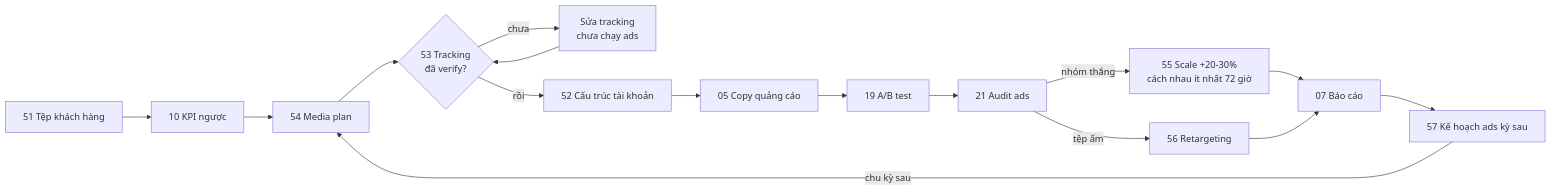
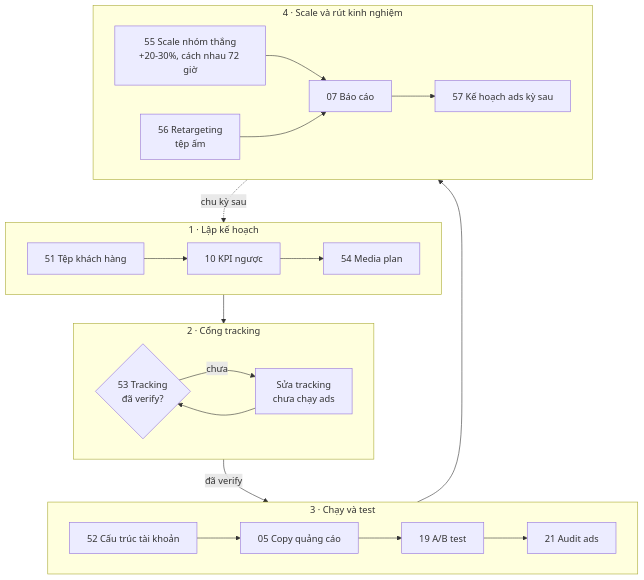
One commit to minhnv0807/ai-business-skills changed the seventh of 9 diagrams in README.vi.md. Above: the diagram before and after it, drawn with Mermaid. The commit also changed other lines of this file and 1 other file, not shown here.

Commit message:
docs(readme): stack the content and performance loops into rows so they stay readable on GitHub

````diff
--- a/README.vi.md
+++ b/README.vi.md
@@ -288,11 +297,23 @@
 ```mermaid
-flowchart LR
-    A["51 Tệp khách hàng"] --> K["10 KPI ngược"] --> M["54 Media plan"] --> T{"53 Tracking<br/>đã verify?"}
-    T -->|chưa| FIX["Sửa tracking<br/>chưa chạy ads"] --> T
-    T -->|rồi| S["52 Cấu trúc tài khoản"] --> C["05 Copy quảng cáo"] --> AB["19 A/B test"] --> AU["21 Audit ads"]
-    AU -->|nhóm thắng| SC["55 Scale +20-30%<br/>cách nhau ít nhất 72 giờ"]
-    AU -->|tệp ấm| RT["56 Retargeting"]
-    SC --> R["07 Báo cáo"]
-    RT --> R
-    R --> N["57 Kế hoạch ads kỳ sau"] -->|chu kỳ sau| M
+flowchart TB
+    subgraph PLAN["1 · Lập kế hoạch"]
+        direction LR
+        A["51 Tệp khách hàng"] --> K["10 KPI ngược"] --> M["54 Media plan"]
+    end
+    subgraph GATE["2 · Cổng tracking"]
+        direction LR
+        T{"53 Tracking<br/>đã verify?"} -->|chưa| FIX["Sửa tracking<br/>chưa chạy ads"] --> T
+    end
+    subgraph RUN["3 · Chạy và test"]
+        direction LR
+        S["52 Cấu trúc tài khoản"] --> C["05 Copy quảng cáo"] --> AB["19 A/B test"] --> AU["21 Audit ads"]
+    end
+    subgraph GROW["4 · Scale và rút kinh nghiệm"]
+        direction LR
+        SC["55 Scale nhóm thắng<br/>+20-30%, cách nhau 72 giờ"] --> R["07 Báo cáo"]
+        RT["56 Retargeting<br/>tệp ấm"] --> R
+        R --> N["57 Kế hoạch ads kỳ sau"]
+    end
+    PLAN --> GATE -->|đã verify| RUN --> GROW
+    GROW -.->|chu kỳ sau| PLAN
 ```
````
